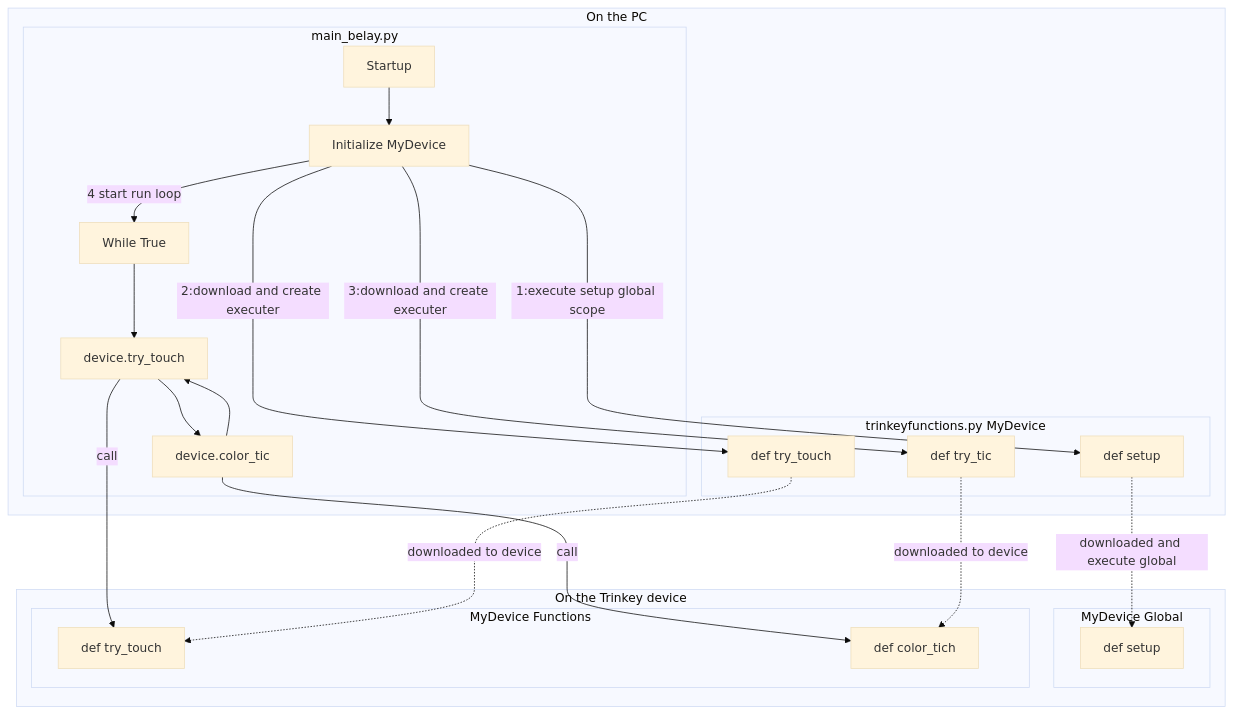
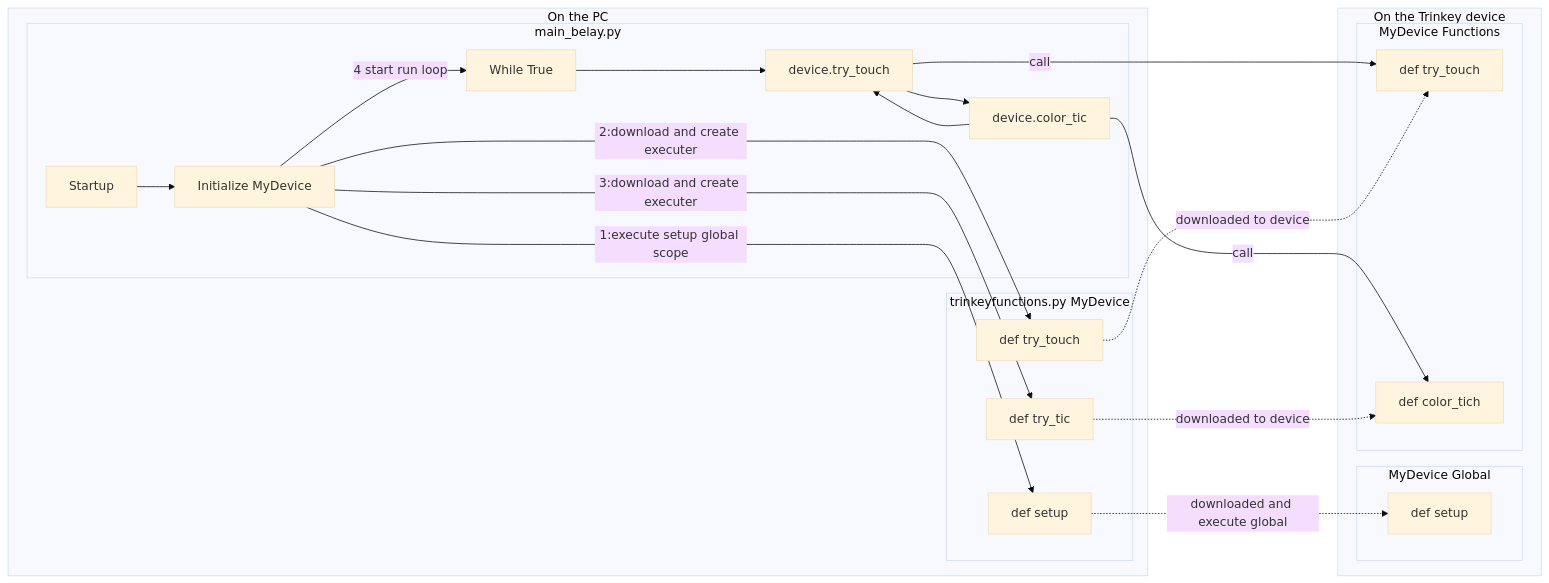
Before and after one commit to freemansoft/Adafruit-Trinkey-CircuitPython: the diagram in Neo/capacitive-touch-belay/README.md, drawn with Mermaid (base theme).

Commit message:
change direction

````diff
--- a/Neo/capacitive-touch-belay/README.md
+++ b/Neo/capacitive-touch-belay/README.md
@@ -14,40 +14,40 @@
 ```mermaid
-graph TD
+flowchart LR
     subgraph pc[On the PC]
         subgraph main_belay.py
             Startup --> initialize[Initialize MyDevice]
             initialize --4 start run loop--> While[While True]
             While --> device_trytouch[device.try_touch]
             device_trytouch --> device_colortic[device.color_tic]
             device_colortic --> device_trytouch
         end
 
         subgraph MyDevice[trinkeyfunctions.py MyDevice]
             def_setup[def setup]
             def_trytouch[def try_touch]
             def_trycolortic[def try_tic]
         end
     end
 
     subgraph trinkey[On the Trinkey device]
         subgraph trinkeyfunctionssetup[MyDevice Global]
             setup[def setup]
         end
         subgraph trinkeyfunctions[MyDevice Functions]
             try_touch[def try_touch]
             color_tic[def color_tich]
         end
     end
 
 initialize --1:execute setup global scope--> def_setup
 initialize --2:download and create executer--> def_trytouch
 initialize --3:download and create executer--> def_trycolortic
 
 
 device_trytouch --call--> try_touch
 device_colortic --call--> color_tic
 
 def_setup-.downloaded and execute global.->setup
 def_trytouch-.downloaded to device.->try_touch
 def_trycolortic -.downloaded to device.->color_tic
 ```
````
